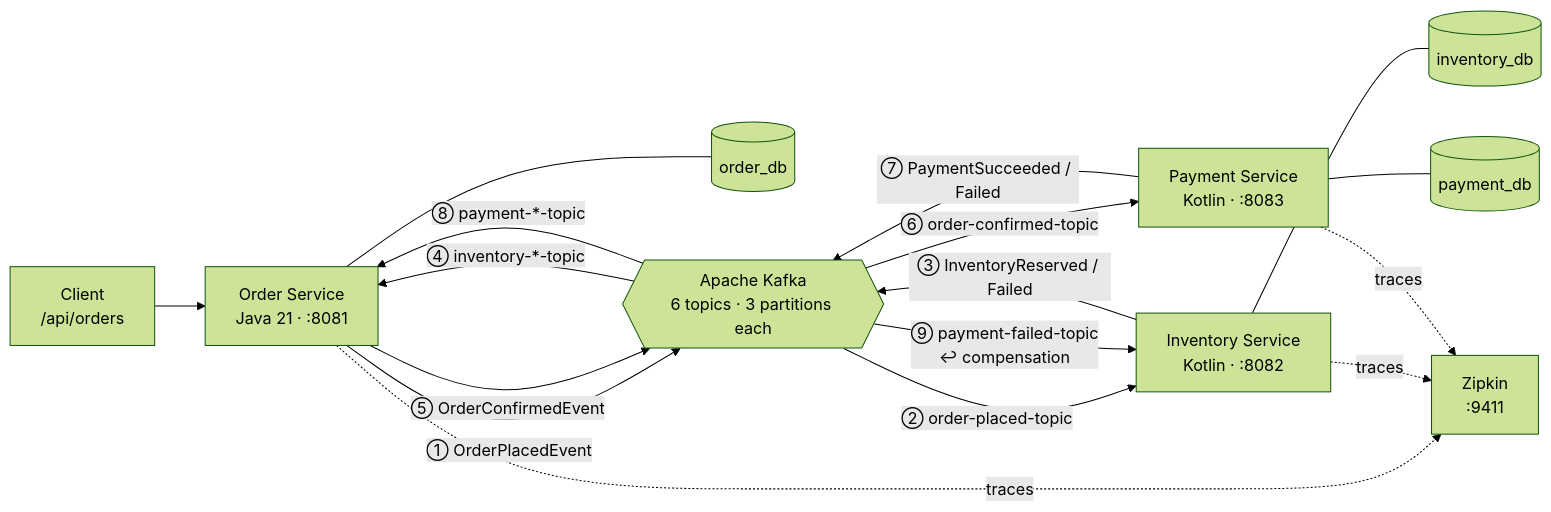
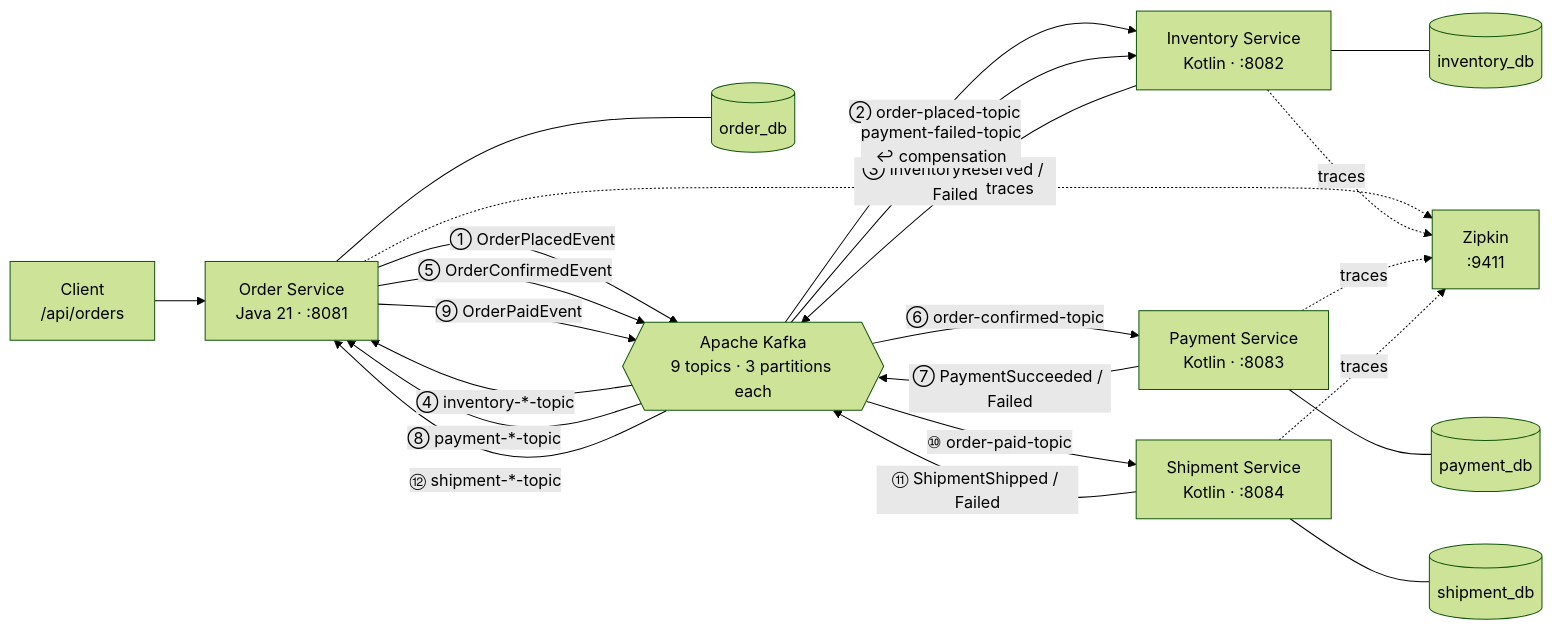
The diagram in README.md (paulopacifico/distributed-commerce-api), drawn with Mermaid (forest theme) before and after one commit. The commit also changed other lines of this file, not shown here.

````diff
--- a/README.md
+++ b/README.md
@@ -44,35 +44,44 @@
 ```mermaid
 flowchart LR
     Client["Client\n/api/orders"]
 
     Order["Order Service\nJava 21 · :8081"]
     OrderDB[("order_db")]
 
     Inventory["Inventory Service\nKotlin · :8082"]
     InvDB[("inventory_db")]
 
     Payment["Payment Service\nKotlin · :8083"]
     PayDB[("payment_db")]
 
-    Kafka{{"Apache Kafka\n6 topics · 3 partitions each"}}
+    Shipment["Shipment Service\nKotlin · :8084"]
+    ShipDB[("shipment_db")]
+
+    Kafka{{"Apache Kafka\n9 topics · 3 partitions each"}}
     Zipkin["Zipkin\n:9411"]
 
     Client --> Order
     Order --- OrderDB
     Inventory --- InvDB
     Payment --- PayDB
+    Shipment --- ShipDB
 
     Order -->|"① OrderPlacedEvent"| Kafka
     Kafka -->|"② order-placed-topic"| Inventory
     Inventory -->|"③ InventoryReserved / Failed"| Kafka
     Kafka -->|"④ inventory-*-topic"| Order
     Order -->|"⑤ OrderConfirmedEvent"| Kafka
     Kafka -->|"⑥ order-confirmed-topic"| Payment
     Payment -->|"⑦ PaymentSucceeded / Failed"| Kafka
     Kafka -->|"⑧ payment-*-topic"| Order
-    Kafka -->|"⑨ payment-failed-topic\n↩ compensation"| Inventory
+    Order -->|"⑨ OrderPaidEvent"| Kafka
+    Kafka -->|"⑩ order-paid-topic"| Shipment
+    Shipment -->|"⑪ ShipmentShipped / Failed"| Kafka
+    Kafka -->|"⑫ shipment-*-topic"| Order
+    Kafka -->|"payment-failed-topic\n↩ compensation"| Inventory
 
     Order -. traces .-> Zipkin
     Inventory -. traces .-> Zipkin
     Payment -. traces .-> Zipkin
+    Shipment -. traces .-> Zipkin
 ```
````
